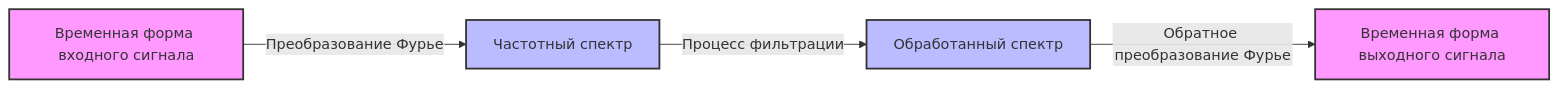
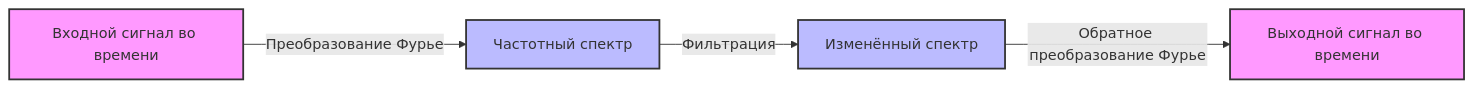
The diagram in content/post/fourier-series-and-transform/index.ru.md (kenjinote/blog), drawn with Mermaid before and after one commit. The commit also changed other lines of this file and 6 other files, not shown here.

````diff
--- a/content/post/fourier-series-and-transform/index.ru.md
+++ b/content/post/fourier-series-and-transform/index.ru.md
@@ -80,12 +93,11 @@
 ```mermaid
 flowchart LR
-    A["Временная форма входного сигнала"] -->|"Преобразование Фурье"| B["Частотный спектр"]
-    B -->|"Процесс фильтрации"| C["Обработанный спектр"]
-    C -->|"Обратное преобразование Фурье"| D["Временная форма выходного сигнала"]
-    
-    %% Стилизация узлов
+    A["Входной сигнал во времени"] -->|"Преобразование Фурье"| B["Частотный спектр"]
+    B -->|"Фильтрация"| C["Изменённый спектр"]
+    C -->|"Обратное преобразование Фурье"| D["Выходной сигнал во времени"]
+
     style A fill:#f9f,stroke:#333,stroke-width:2px
     style B fill:#bbf,stroke:#333,stroke-width:2px
     style C fill:#bbf,stroke:#333,stroke-width:2px
     style D fill:#f9f,stroke:#333,stroke-width:2px
 ```
````
